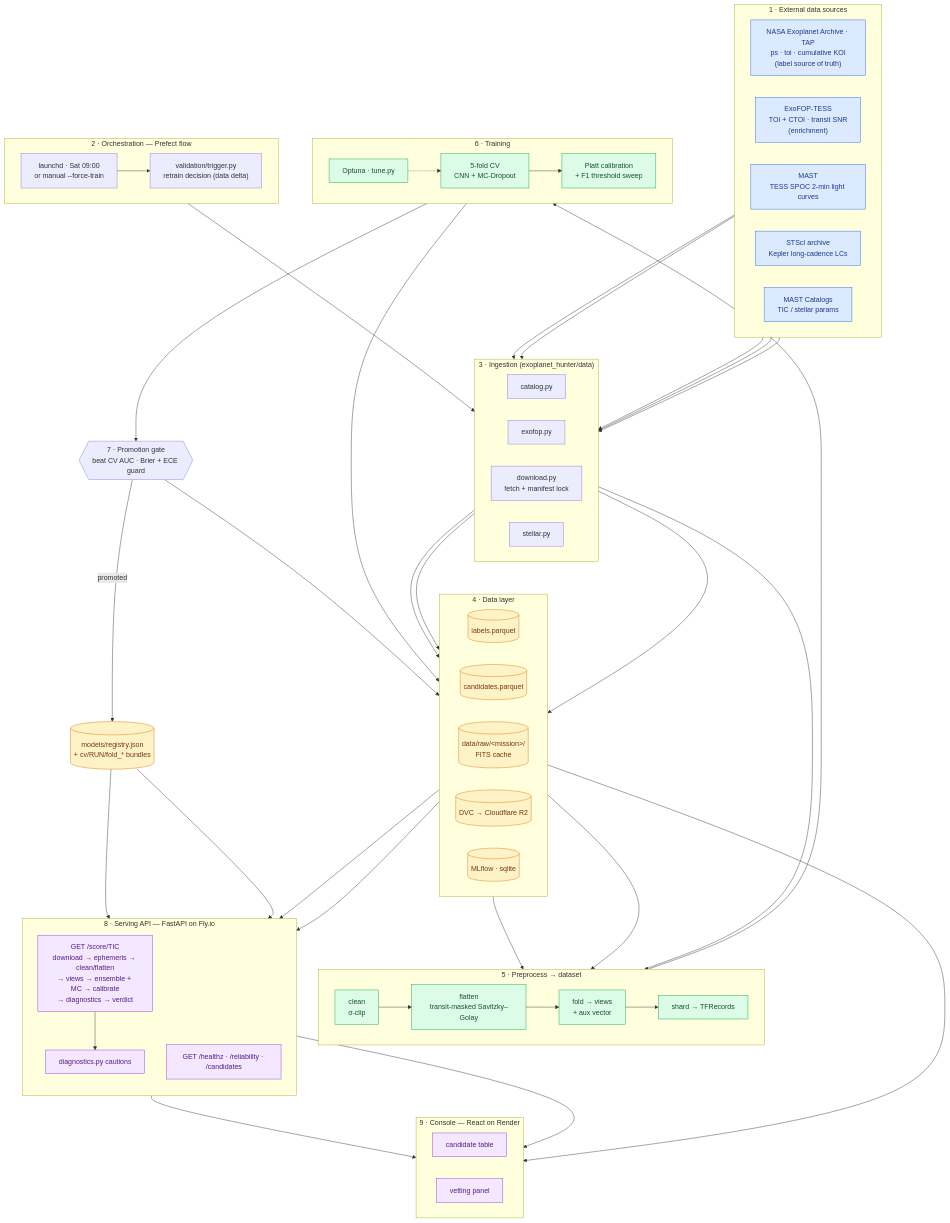
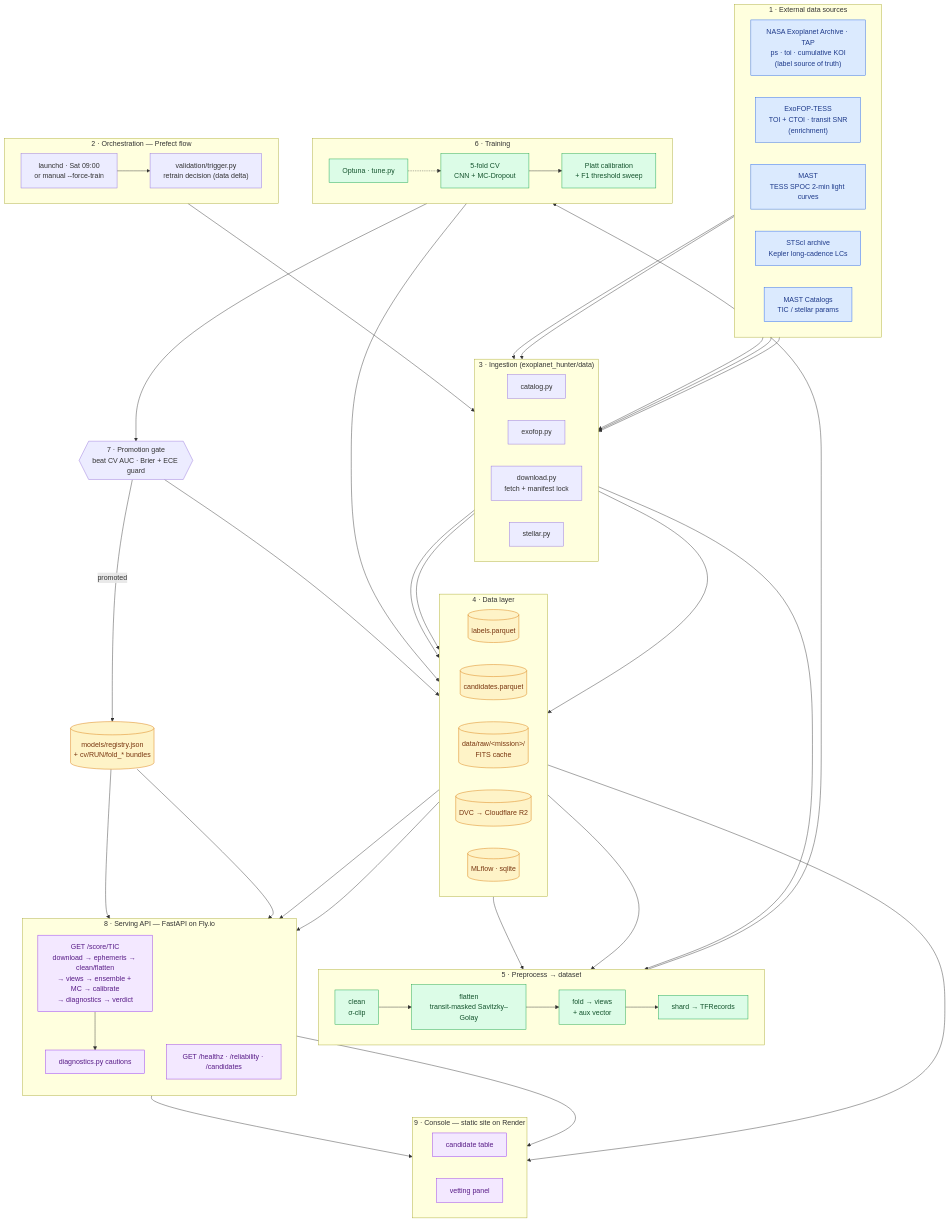
Before and after one commit to OliverDonaldson/exoplanet-hunter-v2: the diagram in docs/model_pipeline.md, drawn with Mermaid. The commit also changed other lines of this file and 33 other files, not shown here.

First line of the commit message:
chore: remove the dead React console and stale handovers; add a commit-message hook

```diff
--- a/docs/model_pipeline.md
+++ b/docs/model_pipeline.md
@@ -66,7 +66,7 @@
     EP["GET /healthz · /reliability · /candidates"]
   end
 
-  subgraph UICONSOLE["9 · Console — React on Render"]
+  subgraph UICONSOLE["9 · Console — static site on Render"]
     direction LR
     TABLE["candidate table"]
     PANEL["vetting panel"]
```
